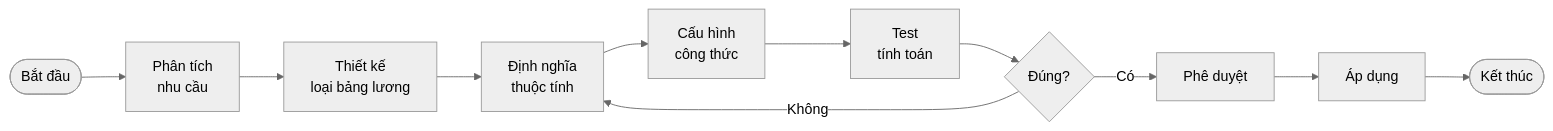
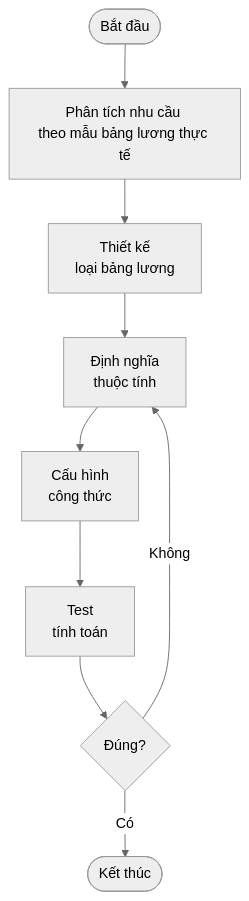
One commit to devsongnhan/Bflow-Doc changed the third of 7 diagrams in HRM/Payroll/1_PhanTichYeuCau/2_BusinessProcessModel.md. Above: the diagram before and after it, drawn with Mermaid (neutral theme). The commit also changed other lines of this file and 7 other files, not shown here.

````diff
--- a/HRM/Payroll/1_PhanTichYeuCau/2_BusinessProcessModel.md
+++ b/HRM/Payroll/1_PhanTichYeuCau/2_BusinessProcessModel.md
@@ -119,13 +119,11 @@
 ```mermaid
-graph LR
-    Start([Bắt đầu]) --> A[Phân tích<br/>nhu cầu]
+graph TB
+    Start([Bắt đầu]) --> A[Phân tích nhu cầu <br/>theo mẫu bảng lương thực tế]
     A --> B[Thiết kế<br/>loại bảng lương]
     B --> C[Định nghĩa<br/>thuộc tính]
     C --> D[Cấu hình<br/>công thức]
     D --> E[Test<br/>tính toán]
     E --> F{Đúng?}
     F -->|Không| C
-    F -->|Có| G[Phê duyệt]
-    G --> H[Áp dụng]
-    H --> End([Kết thúc])
+    F -->|Có| End([Kết thúc])
 ```
````
